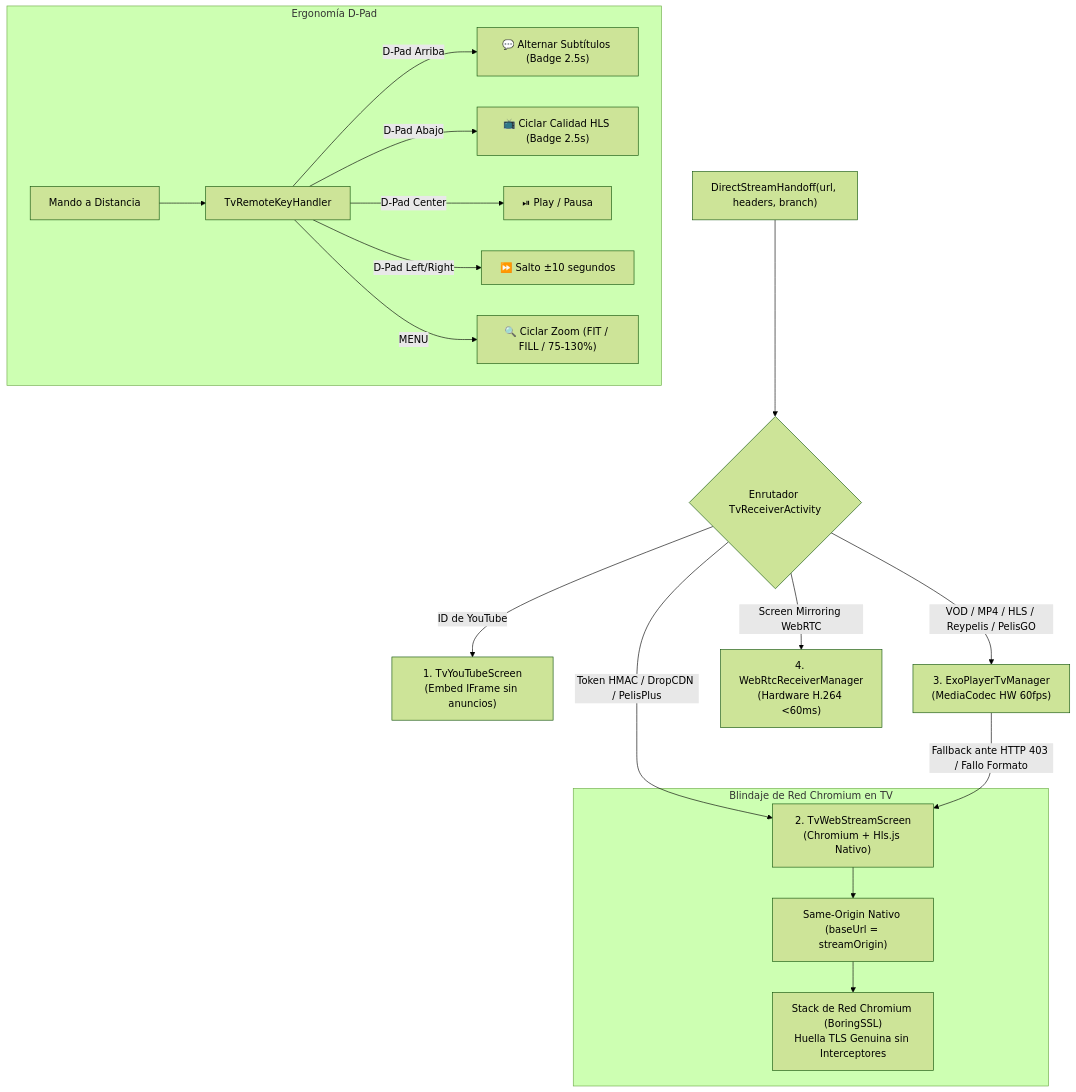
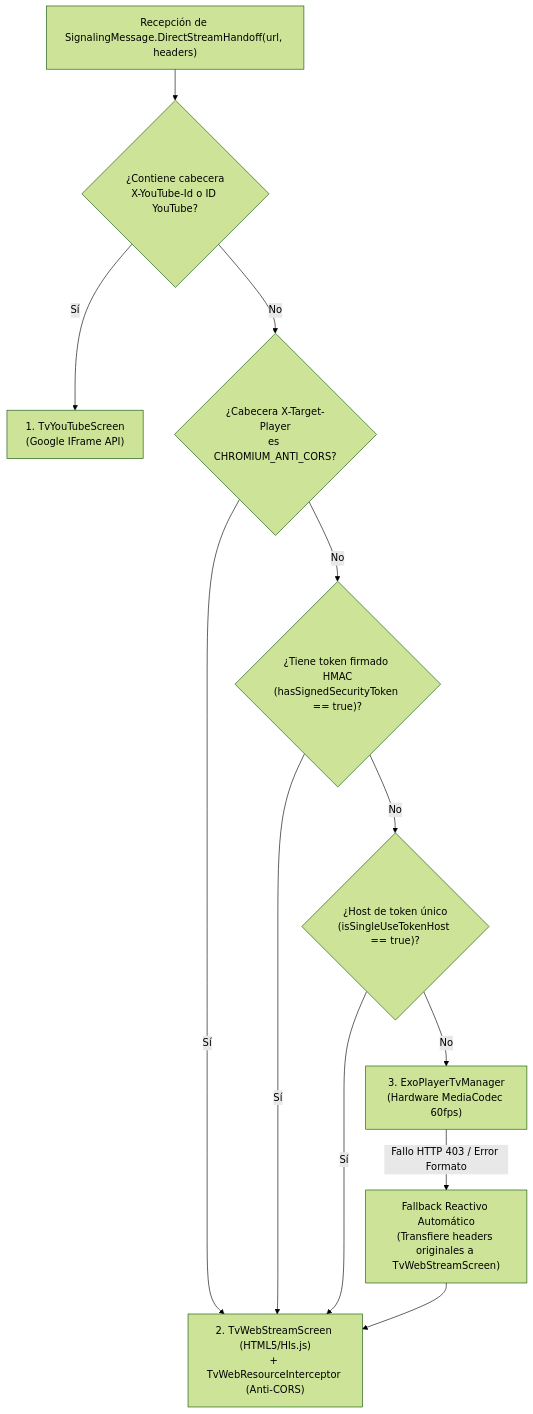
Before and after one commit to satacada/ProyectarAplicacion: the fifth of 7 diagrams in doc/ARCHITECTURE.md, drawn with Mermaid (forest theme). The commit also changed other lines of this file and 1 other file, not shown here.

Commit message:
docs(architecture): actualizar arquitectura v3.5.58 con casos de uso, arboles de decision, secuencias y mapa del sistema

````diff
--- a/doc/ARCHITECTURE.md
+++ b/doc/ARCHITECTURE.md
@@ -157,23 +140,19 @@
 ```mermaid
 flowchart TD
-    Handoff["DirectStreamHandoff(url, headers, branch)"] --> Router{"Enrutador TvReceiverActivity"}
-    Router -->|ID de YouTube| YT["1. TvYouTubeScreen\n(Embed IFrame sin anuncios)"]
-    Router -->|Token HMAC / DropCDN / PelisPlus| WebPlayer["2. TvWebStreamScreen\n(Chromium + Hls.js Nativo)"]
-    Router -->|VOD / MP4 / HLS / Reypelis / PelisGO| Exo["3. ExoPlayerTvManager\n(MediaCodec HW 60fps)"]
-    Router -->|Screen Mirroring WebRTC| WebRtc["4. WebRtcReceiverManager\n(Hardware H.264 <60ms)"]
-    Exo -->|Fallback ante HTTP 403 / Fallo Formato| WebPlayer
+    Start["Recepción de SignalingMessage.DirectStreamHandoff(url, headers)"] --> ChkYT{"¿Contiene cabecera\nX-YouTube-Id o ID YouTube?"}
     
-    subgraph Blindaje de Red Chromium en TV
-        WebPlayer --> SameOrigin["Same-Origin Nativo (baseUrl = streamOrigin)"]
-        SameOrigin --> BlinkNet["Stack de Red Chromium (BoringSSL)\nHuella TLS Genuina sin Interceptores"]
-    end
-
-    subgraph Ergonomía D-Pad
-        Remote["Mando a Distancia"] --> KeyHandler["TvRemoteKeyHandler"]
-        KeyHandler -->|D-Pad Arriba| Subs["💬 Alternar Subtítulos (Badge 2.5s)"]
-        KeyHandler -->|D-Pad Abajo| Qual["📺 Ciclar Calidad HLS (Badge 2.5s)"]
-        KeyHandler -->|D-Pad Center| PlayPause["⏯ Play / Pausa"]
-        KeyHandler -->|D-Pad Left/Right| Seek["⏩ Salto ±10 segundos"]
-        KeyHandler -->|MENU| Zoom["🔍 Ciclar Zoom (FIT / FILL / 75-130%)"]
-    end
+    ChkYT -->|Sí| PlayYT["1. TvYouTubeScreen\n(Google IFrame API)"]
+    ChkYT -->|No| ChkDirectiva{"¿Cabecera X-Target-Player\nes CHROMIUM_ANTI_CORS?"}
+    
+    ChkDirectiva -->|Sí| PlayWeb["2. TvWebStreamScreen (HTML5/Hls.js)\n+ TvWebResourceInterceptor (Anti-CORS)"]
+    ChkDirectiva -->|No| ChkToken{"¿Tiene token firmado HMAC\n(hasSignedSecurityToken == true)?"}
+    
+    ChkToken -->|Sí| PlayWeb
+    ChkToken -->|No| ChkSingleUse{"¿Host de token único\n(isSingleUseTokenHost == true)?"}
+    
+    ChkSingleUse -->|Sí| PlayWeb
+    ChkSingleUse -->|No| PlayExo["3. ExoPlayerTvManager\n(Hardware MediaCodec 60fps)"]
+    
+    PlayExo -->|Fallo HTTP 403 / Error Formato| FallbackWeb["Fallback Reactivo Automático\n(Transfiere headers originales a TvWebStreamScreen)"]
+    FallbackWeb --> PlayWeb
 ```
````
